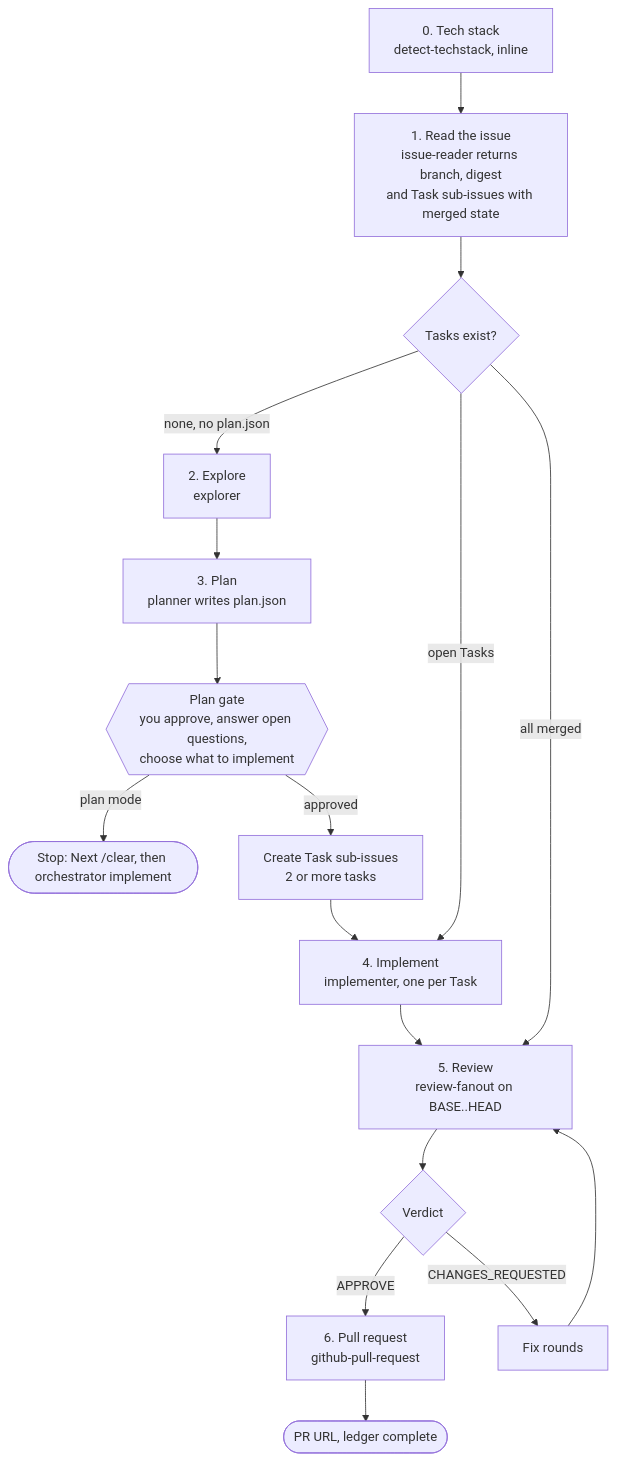
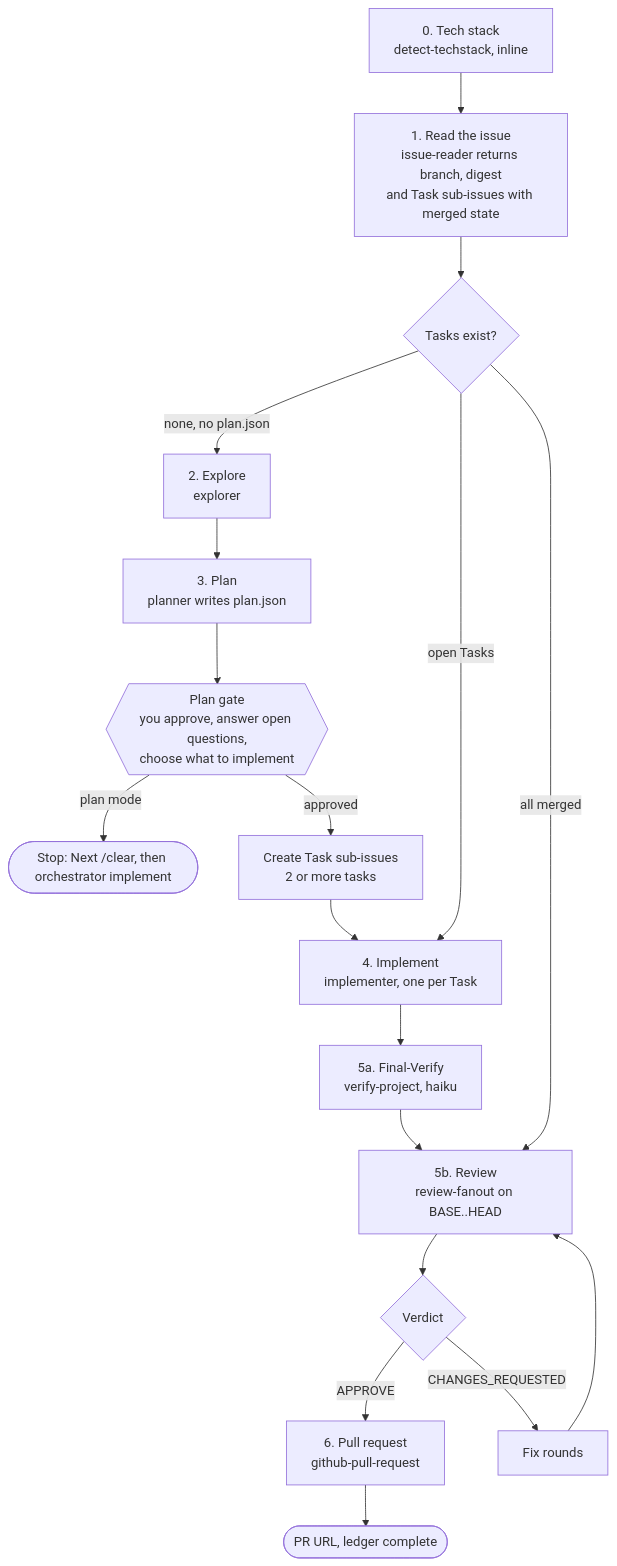
Before and after one commit to GravionLabs/apm-hub: the second of 11 diagrams in docs/orchestrator.md, drawn with Mermaid. The commit also changed other lines of this file and 7 other files, not shown here.

Commit message:
feat(delivery): Final-Verify step with verify.json in the PBI pipeline (#449)

````diff
--- a/docs/orchestrator.md
+++ b/docs/orchestrator.md
@@ -62,18 +62,18 @@
 ```mermaid
 flowchart TD
     S0["0. Tech stack<br/>detect-techstack, inline"] --> S1["1. Read the issue<br/>issue-reader returns branch, digest<br/>and Task sub-issues with merged state"]
     S1 --> Q{"Tasks exist?"}
     Q -->|"none, no plan.json"| S2["2. Explore<br/>explorer"]
     Q -->|"open Tasks"| S4
     Q -->|"all merged"| S5
     S2 --> S3["3. Plan<br/>planner writes plan.json"]
     S3 --> G1{{"Plan gate<br/>you approve, answer open questions,<br/>choose what to implement"}}
     G1 -->|"plan mode"| STOP([Stop: Next /clear, then orchestrator implement])
     G1 -->|"approved"| PUB["Create Task sub-issues<br/>2 or more tasks"]
     PUB --> S4["4. Implement<br/>implementer, one per Task"]
-    S4 --> S5["5. Review<br/>review-fanout on BASE..HEAD"]
+    S4 --> FV["5a. Final-Verify<br/>verify-project, haiku"] --> S5["5b. Review<br/>review-fanout on BASE..HEAD"]
     S5 --> V{"Verdict"}
     V -->|"APPROVE"| S6["6. Pull request<br/>github-pull-request"]
     V -->|"CHANGES_REQUESTED"| FIX["Fix rounds"] --> S5
     S6 --> END([PR URL, ledger complete])
 ```
````
